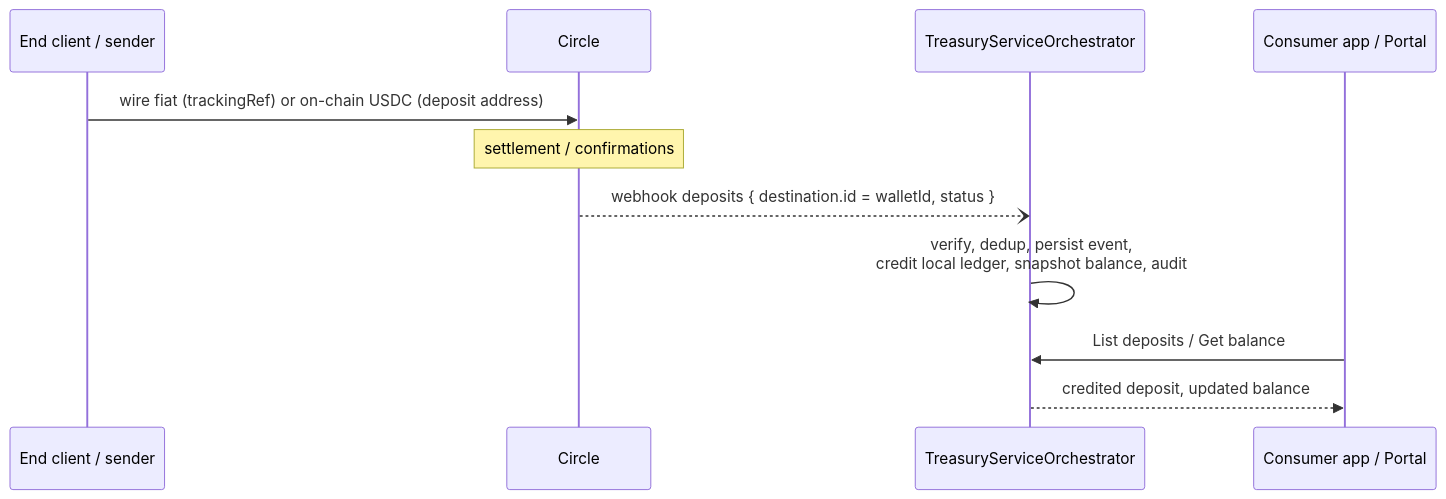
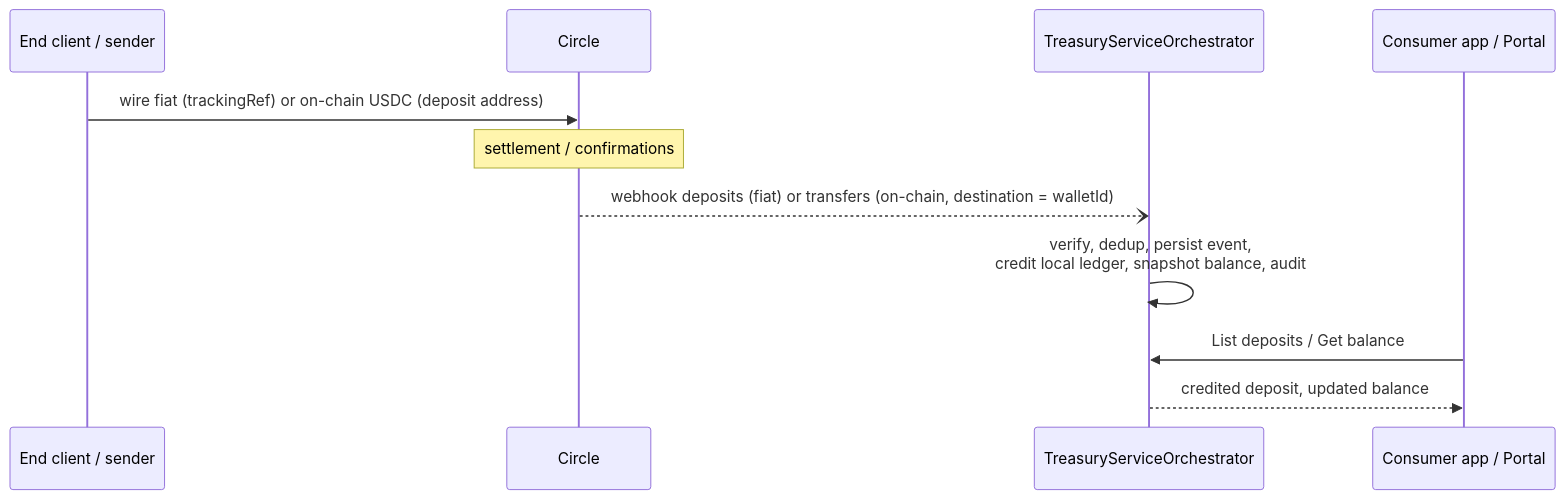
The third of 5 diagrams in docs/PRD.md (Danish8321/circle-integration), drawn with Mermaid before and after one commit. The commit also changed other lines of this file and 12 other files, not shown here.

````diff
--- a/docs/PRD.md
+++ b/docs/PRD.md
@@ -238,13 +241,13 @@
 ```mermaid
 sequenceDiagram
     participant X as End client / sender
     participant C as Circle
     participant T as TreasuryServiceOrchestrator
     participant P as Consumer app / Portal
     X->>C: wire fiat (trackingRef) or on-chain USDC (deposit address)
     Note over C: settlement / confirmations
-    C--)T: webhook deposits { destination.id = walletId, status }
+    C--)T: webhook deposits (fiat) or transfers (on-chain, destination = walletId)
     T->>T: verify, dedup, persist event,<br/>credit local ledger, snapshot balance, audit
     P->>T: List deposits / Get balance
     T-->>P: credited deposit, updated balance
 ```
````
